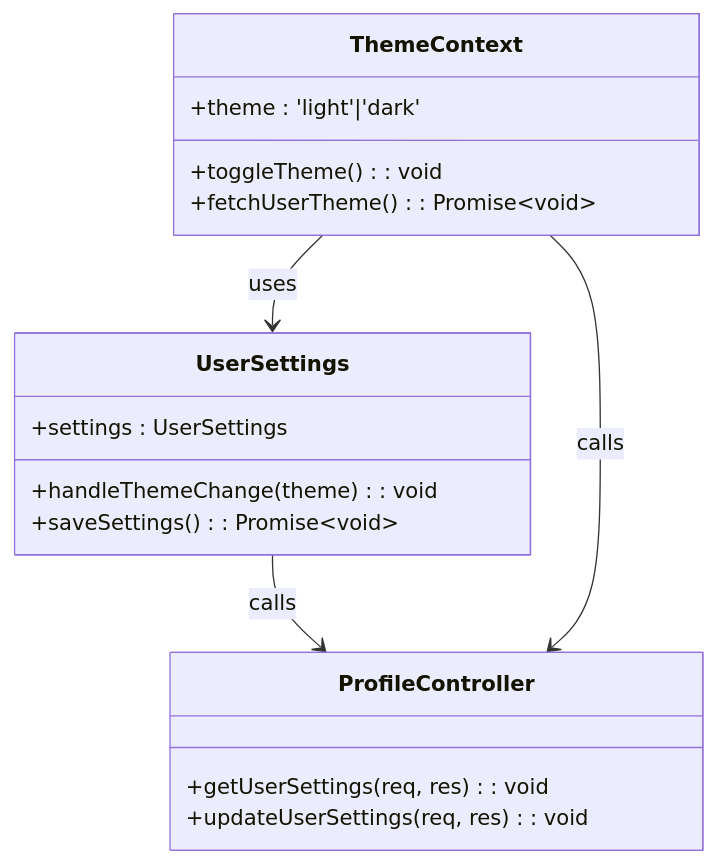
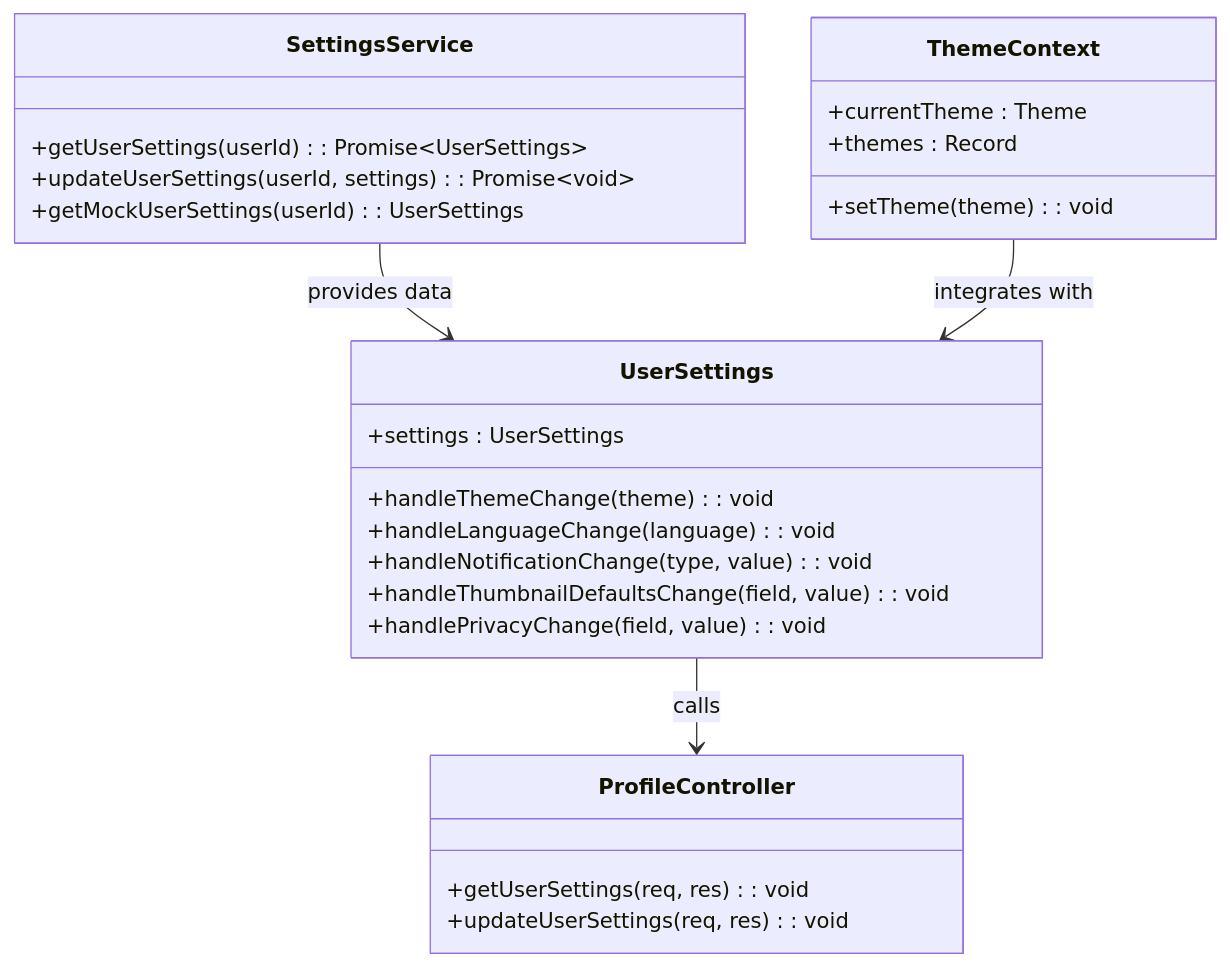
The third of 3 diagrams in .qoder/repowiki/en/content/Authentication & User Management/User Settings & Preferences.md (Brimstow/ThumPiks), drawn with Mermaid before and after one commit. The commit also changed other lines of this file and 900 other files, not shown here.

````diff
--- a/.qoder/repowiki/en/content/Authentication & User Management/User Settings & Preferences.md
+++ b/.qoder/repowiki/en/content/Authentication & User Management/User Settings & Preferences.md
@@ -86,20 +108,28 @@
 ```mermaid
 classDiagram
-class ThemeContext {
-+theme : 'light'|'dark'
-+toggleTheme() : void
-+fetchUserTheme() : Promise~void~
+class SettingsService {
++getUserSettings(userId) : Promise~UserSettings~
++updateUserSettings(userId, settings) : Promise~void~
++getMockUserSettings(userId) : UserSettings
 }
 class UserSettings {
 +settings : UserSettings
 +handleThemeChange(theme) : void
-+saveSettings() : Promise~void~
++handleLanguageChange(language) : void
++handleNotificationChange(type, value) : void
++handleThumbnailDefaultsChange(field, value) : void
++handlePrivacyChange(field, value) : void
 }
 class ProfileController {
 +getUserSettings(req, res) : void
 +updateUserSettings(req, res) : void
 }
-ThemeContext --> UserSettings : uses
+class ThemeContext {
++currentTheme : Theme
++setTheme(theme) : void
++themes : Record
+}
+SettingsService --> UserSettings : provides data
 UserSettings --> ProfileController : calls
-ThemeContext --> ProfileController : calls
+ThemeContext --> UserSettings : integrates with
 ```
````
